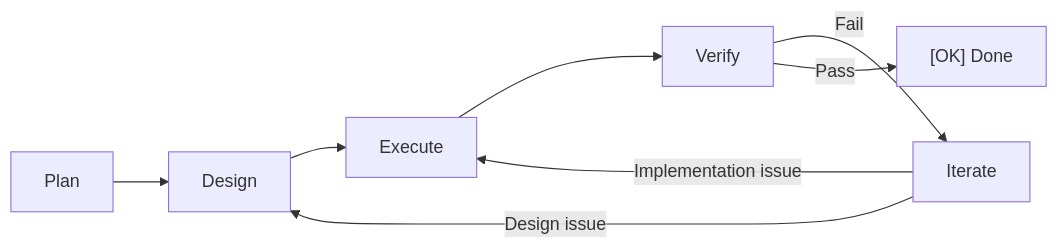
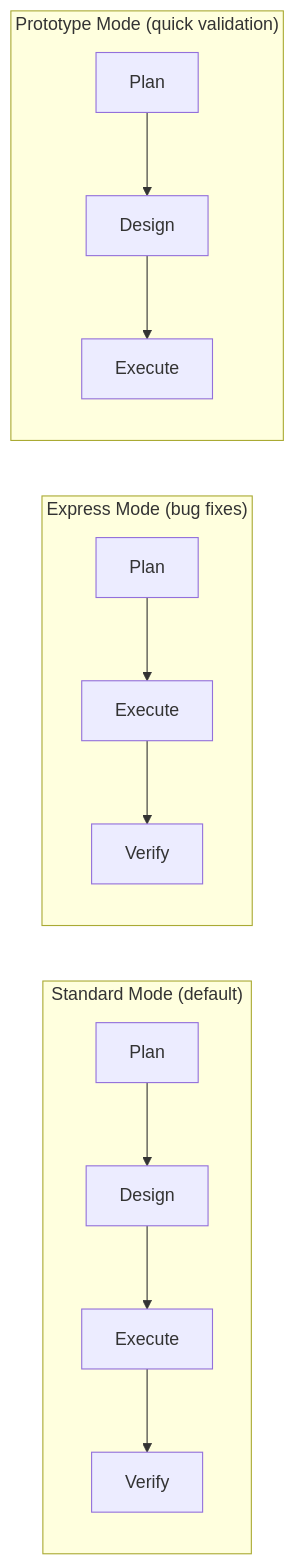
The second of 2 diagrams in docs/en/concepts.md (lordmos/dev-crew), drawn with Mermaid before and after one commit. The commit also changed other lines of this file and 4 other files, not shown here.

First line of the commit message:
docs: restructure nav, add skill commands to scenarios, enhance PDEVI diagram

````diff
--- a/docs/en/concepts.md
+++ b/docs/en/concepts.md
@@ -9,10 +46,12 @@
 ```mermaid
 flowchart LR
-    P["Plan"] --> D["Design"]
-    D --> E["Execute"]
-    E --> V["Verify"]
-    V -->|Fail| I["Iterate"]
-    I -->|Design issue| D
-    I -->|Implementation issue| E
-    V -->|Pass| Done["[OK] Done"]
+    subgraph Standard["Standard Mode (default)"]
+        S_P["Plan"] --> S_D["Design"] --> S_E["Execute"] --> S_V["Verify"]
+    end
+    subgraph Express["Express Mode (bug fixes)"]
+        E_P["Plan"] --> E_E["Execute"] --> E_V["Verify"]
+    end
+    subgraph Prototype["Prototype Mode (quick validation)"]
+        P_P["Plan"] --> P_D["Design"] --> P_E["Execute"]
+    end
 ```
````
